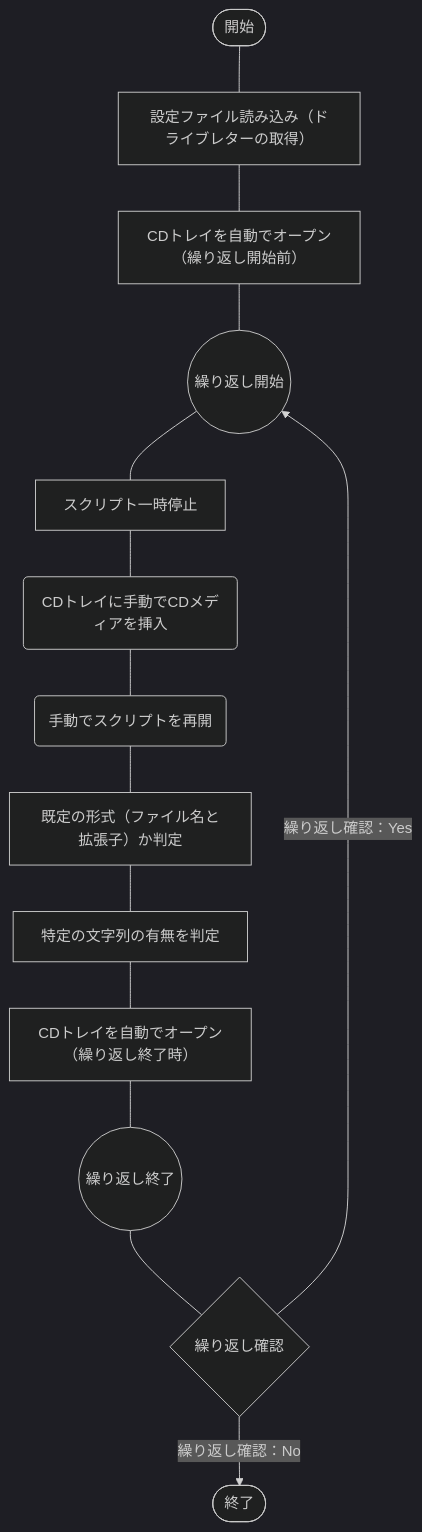
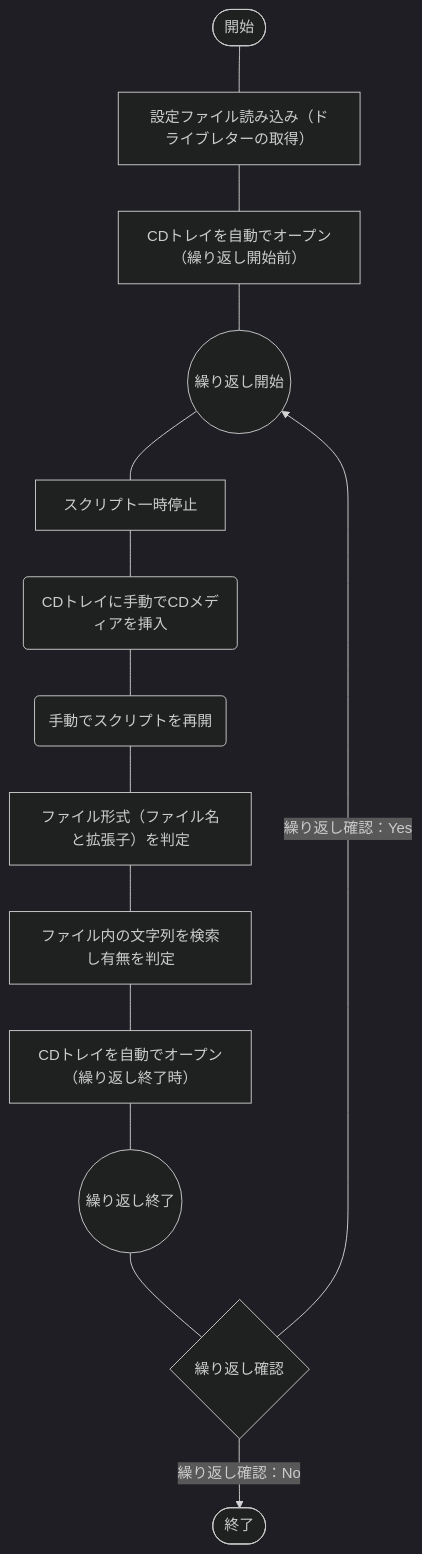
One commit to akiGAMEBOY/haretokidoki_zn changed the diagram in articles/f1634c386ffc1d.md. Above: the diagram before and after it, drawn with Mermaid (dark theme).

````diff
--- a/articles/f1634c386ffc1d.md
+++ b/articles/f1634c386ffc1d.md
@@ -34,16 +34,16 @@
 ```mermaid
 flowchart TB
     A(["開始"]) --- B["設定ファイル読み込み（ドライブレターの取得）"]
     B --- C["CDトレイを自動でオープン（繰り返し開始前）"]
     C --- D(("繰り返し開始"))
     D --- E["スクリプト一時停止"]
     E --- F("CDトレイに手動でCDメディアを挿入")
     F --- G("手動でスクリプトを再開")
-    G --- H["既定の形式（ファイル名と拡張子）か判定"]
-    H --- I["特定の文字列の有無を判定"]
+    G --- H["ファイル形式（ファイル名と拡張子）を判定"]
+    H --- I["ファイル内の文字列を検索し有無を判定"]
     I --- J["CDトレイを自動でオープン（繰り返し終了時）"]
     J --- K(("繰り返し終了"))
     K --- L{"繰り返し確認"}
     L --> |"繰り返し確認：Yes"| D
     L --> |"繰り返し確認：No"| M(["終了"])
 ```
````
